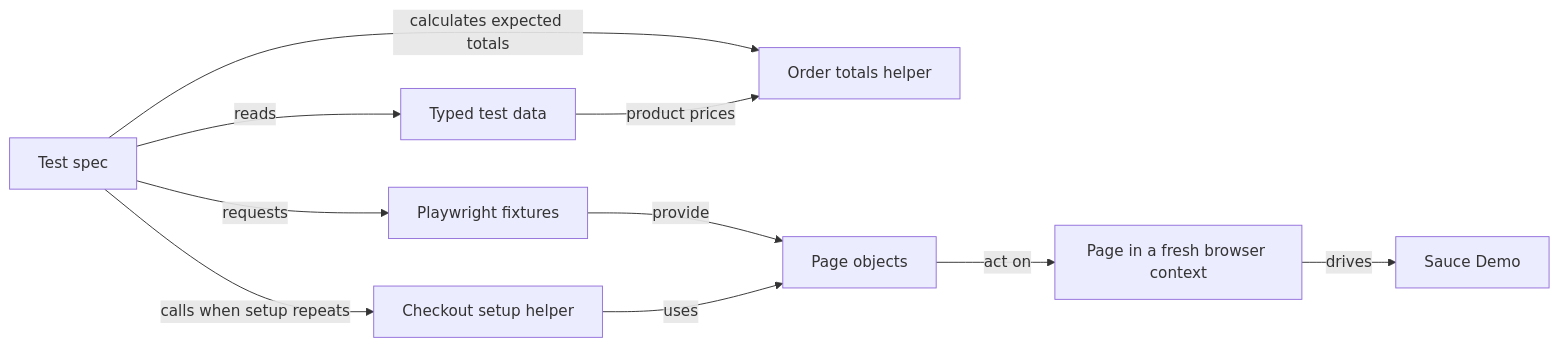
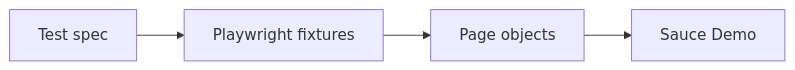
The diagram in README.md (bilyanahristova99/swag-labs-playwright), drawn with Mermaid before and after one commit. The commit also changed other lines of this file and 2 other files, not shown here.

````diff
--- a/README.md
+++ b/README.md
@@ -50,12 +54,6 @@
 ```mermaid
 flowchart LR
-    spec["Test spec"] -->|"requests"| fixtures["Playwright fixtures"]
-    spec -->|"calls when setup repeats"| flow["Checkout setup helper"]
-    spec -->|"reads"| data["Typed test data"]
-    spec -->|"calculates expected totals"| totals["Order totals helper"]
-    data -->|"product prices"| totals
-    fixtures -->|"provide"| pages["Page objects"]
-    flow -->|"uses"| pages
-    pages -->|"act on"| page["Page in a fresh browser context"]
-    page -->|"drives"| app["Sauce Demo"]
+    spec["Test spec"] --> fixtures["Playwright fixtures"]
+    fixtures --> pages["Page objects"]
+    pages --> app["Sauce Demo"]
 ```
````
